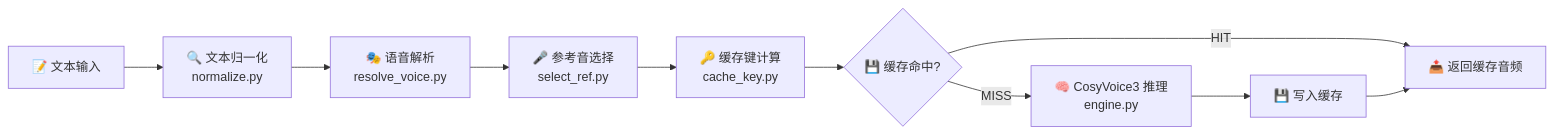
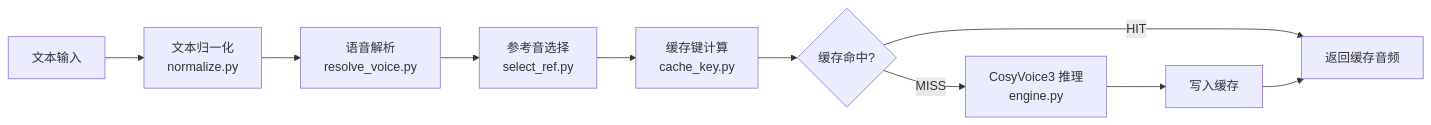
One commit to ASDK-123/voice changed the second of 2 diagrams in README.md. Above: the diagram before and after it, drawn with Mermaid. The commit also changed other lines of this file and 155 other files, not shown here.

````diff
--- a/README.md
+++ b/README.md
@@ -122,12 +175,12 @@
 ```mermaid
 flowchart LR
-    A["📝 文本输入"] --> B["🔍 文本归一化<br/>normalize.py"]
-    B --> C["🎭 语音解析<br/>resolve_voice.py"]
-    C --> D["🎤 参考音选择<br/>select_ref.py"]
-    D --> E["🔑 缓存键计算<br/>cache_key.py"]
-    E --> F{"💾 缓存命中?"}
-    F -- HIT --> G["📤 返回缓存音频"]
-    F -- MISS --> H["🧠 CosyVoice3 推理<br/>engine.py"]
-    H --> I["💾 写入缓存"]
+    A["文本输入"] --> B["文本归一化<br/>normalize.py"]
+    B --> C["语音解析<br/>resolve_voice.py"]
+    C --> D["参考音选择<br/>select_ref.py"]
+    D --> E["缓存键计算<br/>cache_key.py"]
+    E --> F{"缓存命中?"}
+    F -- HIT --> G["返回缓存音频"]
+    F -- MISS --> H["CosyVoice3 推理<br/>engine.py"]
+    H --> I["写入缓存"]
     I --> G
 ```
````
